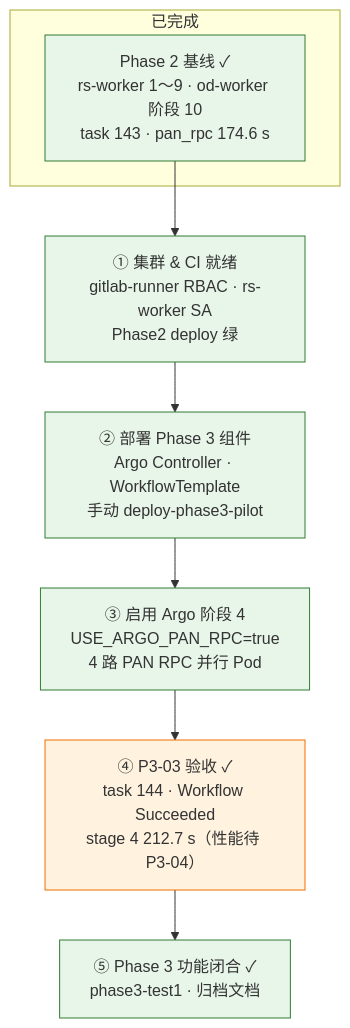
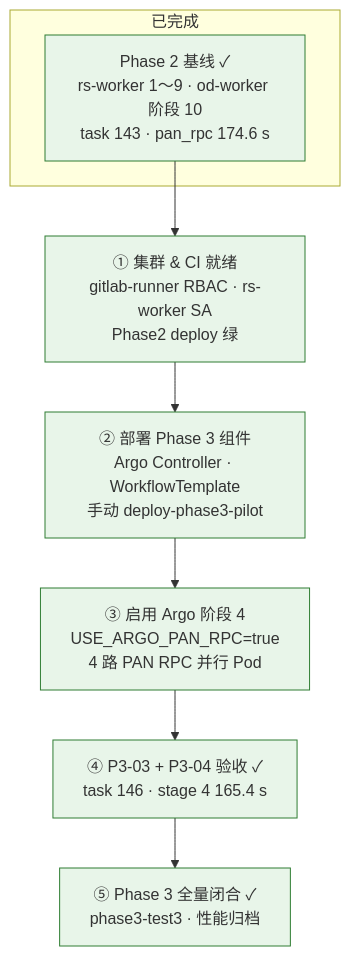
Before and after one commit to PCL-Satellite-Cloud-Native/satellite-cloud: the diagram in docs/PHASE3_RUNBOOK.md, drawn with Mermaid. The commit also changed other lines of this file and 8 other files, not shown here.

````diff
--- a/docs/PHASE3_RUNBOOK.md
+++ b/docs/PHASE3_RUNBOOK.md
@@ -13,22 +13,22 @@
 ```mermaid
 flowchart TB
     subgraph done["已完成"]
         P2["Phase 2 基线 ✓<br/>rs-worker 1～9 · od-worker 阶段 10<br/>task 143 · pan_rpc 174.6 s"]
     end
 
     S1["① 集群 & CI 就绪<br/>gitlab-runner RBAC · rs-worker SA<br/>Phase2 deploy 绿"]
     S2["② 部署 Phase 3 组件<br/>Argo Controller · WorkflowTemplate<br/>手动 deploy-phase3-pilot"]
     S3["③ 启用 Argo 阶段 4<br/>USE_ARGO_PAN_RPC=true<br/>4 路 PAN RPC 并行 Pod"]
-    S4["④ P3-03 验收 ✓<br/>task 144 · Workflow Succeeded<br/>stage 4 212.7 s（性能待 P3-04）"]
-    S5["⑤ Phase 3 功能闭合 ✓<br/>phase3-test1 · 归档文档"]
+    S4["④ P3-03 + P3-04 验收 ✓<br/>task 146 · stage 4 165.4 s"]
+    S5["⑤ Phase 3 全量闭合 ✓<br/>phase3-test3 · 性能归档"]
 
     P2 --> S1
     S1 --> S2 --> S3 --> S4 --> S5
 
     style P2 fill:#e8f5e9,stroke:#2e7d32
     style S1 fill:#e8f5e9,stroke:#2e7d32
     style S2 fill:#e8f5e9,stroke:#2e7d32
     style S3 fill:#e8f5e9,stroke:#2e7d32
-    style S4 fill:#fff3e0,stroke:#ef6c00
+    style S4 fill:#e8f5e9,stroke:#2e7d32
     style S5 fill:#e8f5e9,stroke:#2e7d32
 ```
````
